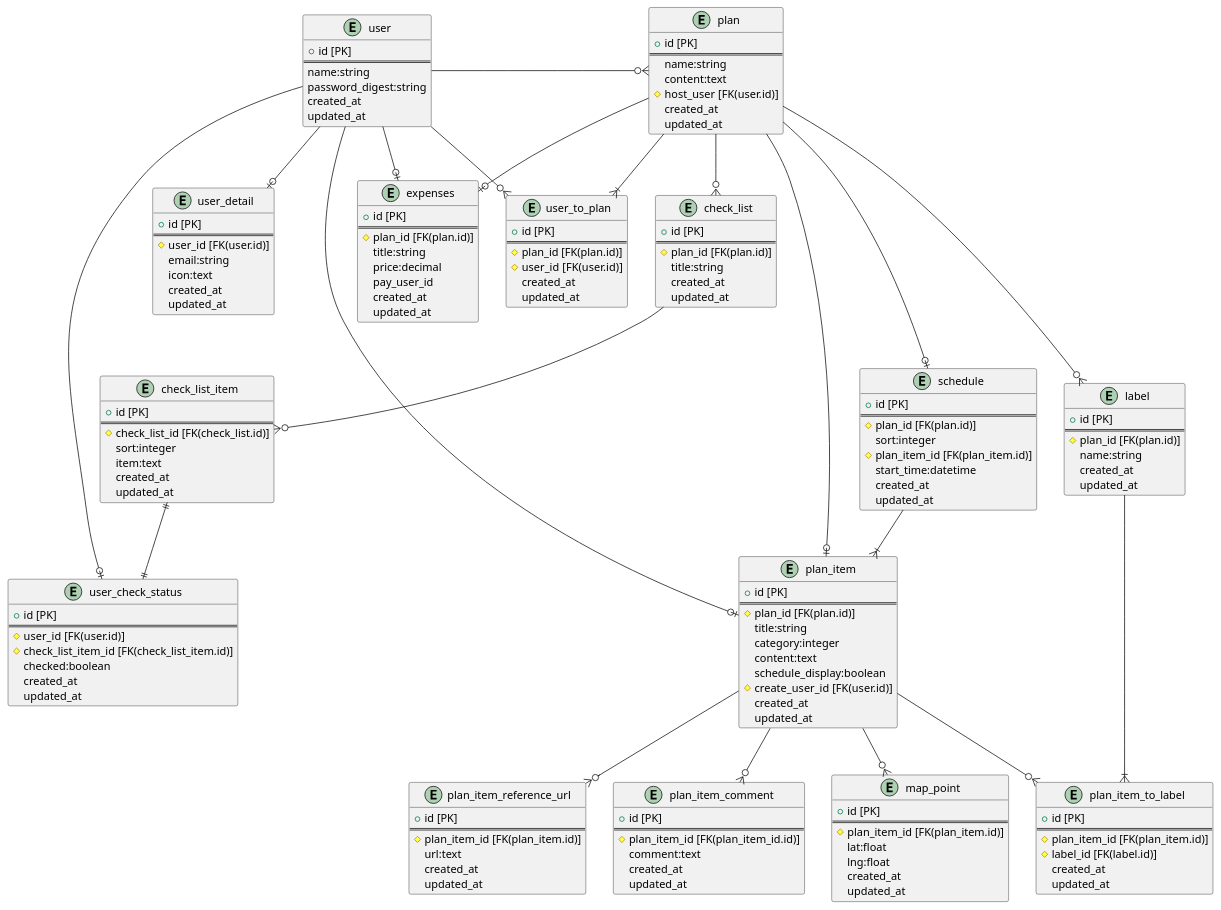
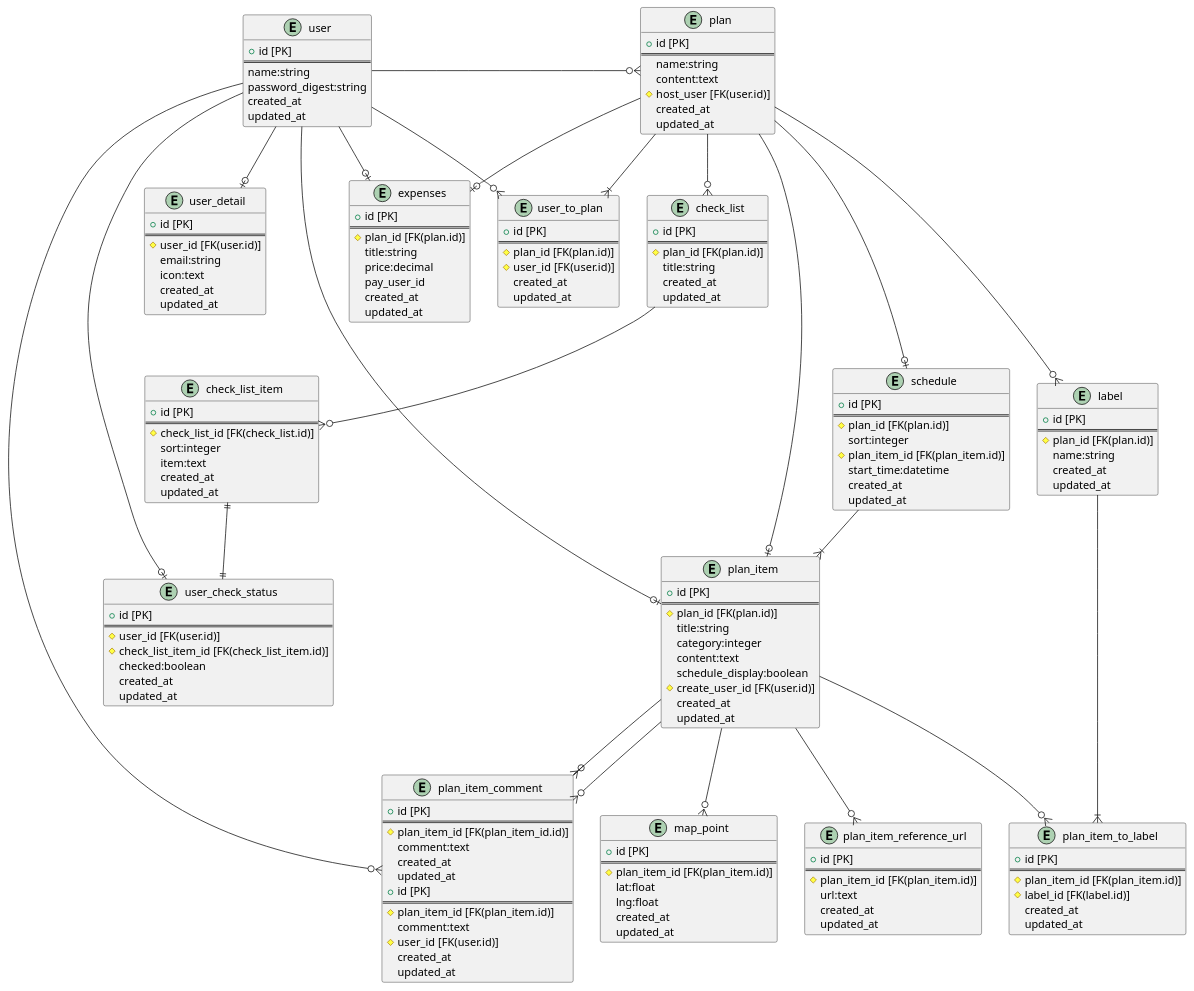
One commit to missyu3/our_trip_old changed the diagram in doc/table.puml. Above: the diagram before and after it, drawn with PlantUML. The commit also changed 4 other files, not shown here.

```diff
--- a/doc/table.puml
+++ b/doc/table.puml
@@ -1,171 +1,183 @@
 @startuml EntityRelationship
 entity "user" {
     + id [PK]
     ==
     name:string
     password_digest:string
     created_at
     updated_at
 }
 
 entity "user_detail" {
     + id [PK]
     ==
     # user_id [FK(user.id)]
     email:string
     icon:text
     created_at
     updated_at
 }
 
 entity "user_to_plan" {
     + id [PK]
     ==
     # plan_id [FK(plan.id)]
     # user_id [FK(user.id)]
     created_at
     updated_at
 }
 
 entity "plan" {
     + id [PK]
     ==
     name:string
     content:text
     # host_user [FK(user.id)]
     created_at
     updated_at
 }
 
 entity "label" {
     + id [PK]
     ==
     # plan_id [FK(plan.id)]
     name:string
     created_at
     updated_at
 }
 
 entity "schedule" {
     + id [PK]
     ==
     # plan_id [FK(plan.id)]
     sort:integer
     # plan_item_id [FK(plan_item.id)]
     start_time:datetime
     created_at
     updated_at
 }
 
 entity "plan_item" {
     + id [PK]
     ==
     # plan_id [FK(plan.id)]
     title:string
     category:integer
     content:text
     schedule_display:boolean
     # create_user_id [FK(user.id)]
     created_at
     updated_at
 }
 
 entity "plan_item_to_label" {
     + id [PK]
     ==
     # plan_item_id [FK(plan_item.id)]
     # label_id [FK(label.id)]
     created_at
     updated_at
 }
 
 entity "plan_item_reference_url" {
     + id [PK]
     ==
     # plan_item_id [FK(plan_item.id)]
     url:text
     created_at
     updated_at
 }
 
 entity "plan_item_comment" {
     + id [PK]
     ==
     # plan_item_id [FK(plan_item_id.id)]
     comment:text
     created_at
     updated_at
 }
 
 entity "map_point" {
     + id [PK]
     ==
     # plan_item_id [FK(plan_item.id)]
     lat:float
     lng:float
     created_at
     updated_at
 }
 
 entity "check_list" {
     + id [PK]
     ==
     # plan_id [FK(plan.id)]
     title:string
     created_at
     updated_at
 }
 
 entity "check_list_item" {
     + id [PK] 
     ==
     # check_list_id [FK(check_list.id)]
     sort:integer
     item:text
     created_at
     updated_at
 }
 
 entity "user_check_status" {
     + id [PK]
     ==
     # user_id [FK(user.id)]
     # check_list_item_id [FK(check_list_item.id)]
     checked:boolean
     created_at
     updated_at
 }
 
 entity "expenses" {
     + id [PK]
     ==
     # plan_id [FK(plan.id)]
     title:string
     price:decimal
     pay_user_id
     created_at
     updated_at
 }
 
+entity "plan_item_comment" {
+    + id [PK]
+    ==
+    # plan_item_id [FK(plan_item.id)]
+    comment:text
+    # user_id [FK(user.id)]
+    created_at
+    updated_at
+}
+
 user --o| user_detail
 user --right--o{ plan
 user --o{ user_to_plan
 user --o| user_check_status
 user --o| plan_item
 user --o| expenses
+user --o{ plan_item_comment
 plan --o| schedule
 plan --o| expenses
 plan --down--o| plan_item
 plan --o{ label
 plan --|{ user_to_plan
 plan --o{ check_list
 schedule --|{ plan_item
 check_list --o{ check_list_item
 check_list_item ||--|| user_check_status
 plan_item --o{ plan_item_comment
 plan_item --o{ plan_item_reference_url
 plan_item --o{ map_point
 plan_item --o{ plan_item_to_label
+plan_item --o{ plan_item_comment
 label --|{ plan_item_to_label
 
 @enduml
```
